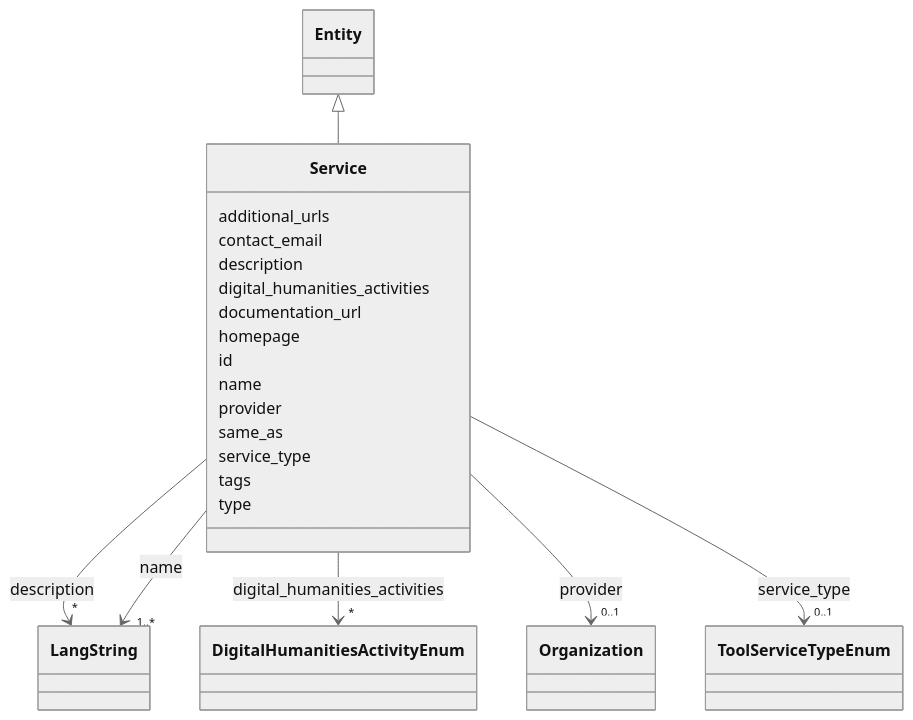
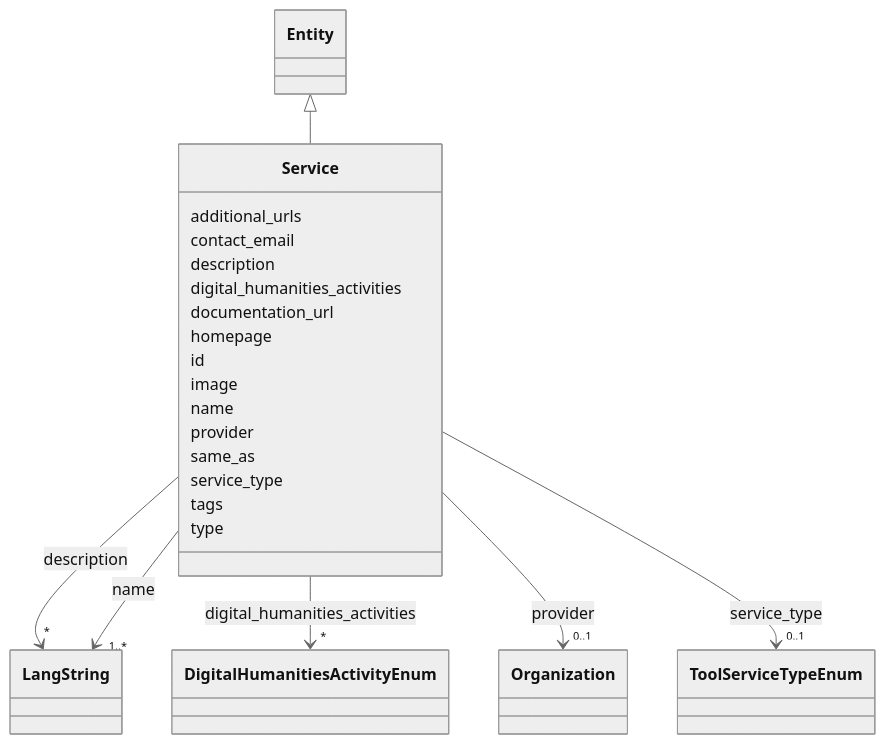
Before and after one commit to DARIAH-IL/idhi-manifests: the diagram in docs/classes/Service.md, drawn with Mermaid (neutral theme). The commit also changed other lines of this file and 20 other files, not shown here.

```diff
--- a/docs/classes/Service.md
+++ b/docs/classes/Service.md
@@ -63,6 +63,8 @@
       Service : homepage
         
       Service : id
+        
+      Service : image
         
       Service : name
         
```
